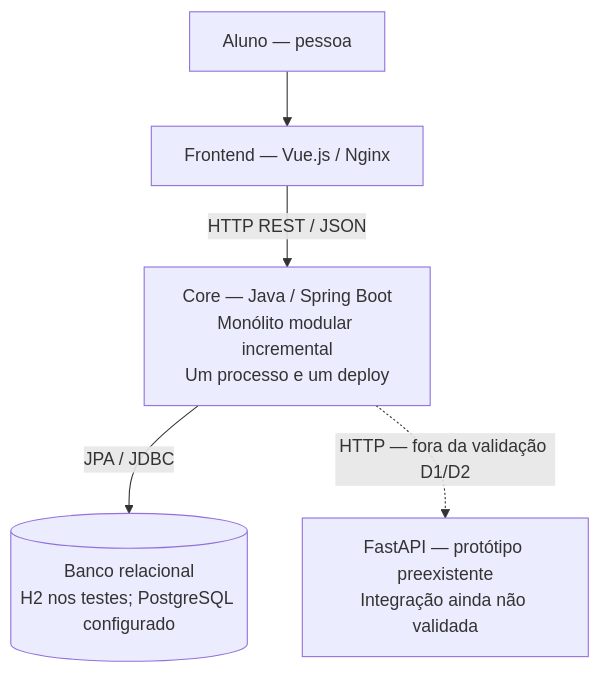
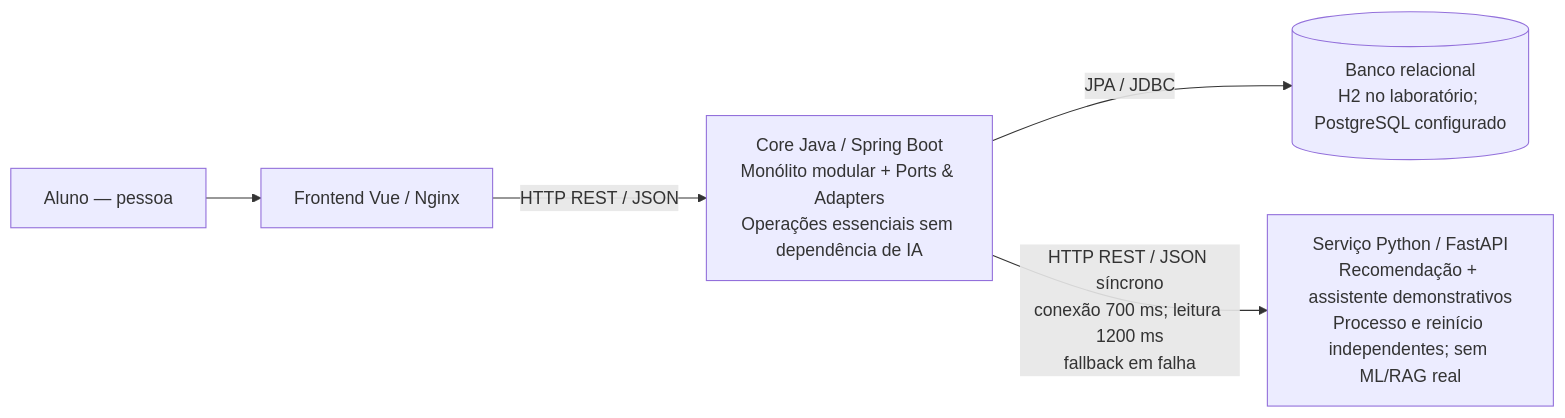
One commit to MjDutil/DevOps-Project changed the diagram in README.md. Above: the diagram before and after it, drawn with Mermaid. The commit also changed other lines of this file and 27 other files, not shown here.

Commit message:
docs: finalize D3 evidence and simplify Architecture Lab README

````diff
--- a/README.md
+++ b/README.md
@@ -99,12 +32,7 @@
 ```mermaid
-flowchart TB
-    pessoa["Aluno — pessoa"]
-    frontend["Frontend — Vue.js / Nginx"]
-    core["Core — Java / Spring Boot<br/>Monólito modular incremental<br/>Um processo e um deploy"]
-    banco[("Banco relacional<br/>H2 nos testes; PostgreSQL configurado")]
-    ia["FastAPI — protótipo preexistente<br/>Integração ainda não validada"]
-    pessoa --> frontend
-    frontend -->|HTTP REST / JSON| core
-    core -->|JPA / JDBC| banco
-    core -.->|HTTP — fora da validação D1/D2| ia
+flowchart LR
+    aluno["Aluno — pessoa"] --> frontend["Frontend Vue / Nginx"]
+    frontend -->|HTTP REST / JSON| core["Core Java / Spring Boot<br/>Monólito modular + Ports & Adapters<br/>Operações essenciais sem dependência de IA"]
+    core -->|JPA / JDBC| banco[("Banco relacional<br/>H2 no laboratório; PostgreSQL configurado")]
+    core -->|"HTTP REST / JSON síncrono<br/>conexão 700 ms; leitura 1200 ms<br/>fallback em falha"| ia["Serviço Python / FastAPI<br/>Recomendação + assistente demonstrativos<br/>Processo e reinício independentes; sem ML/RAG real"]
 ```
````
